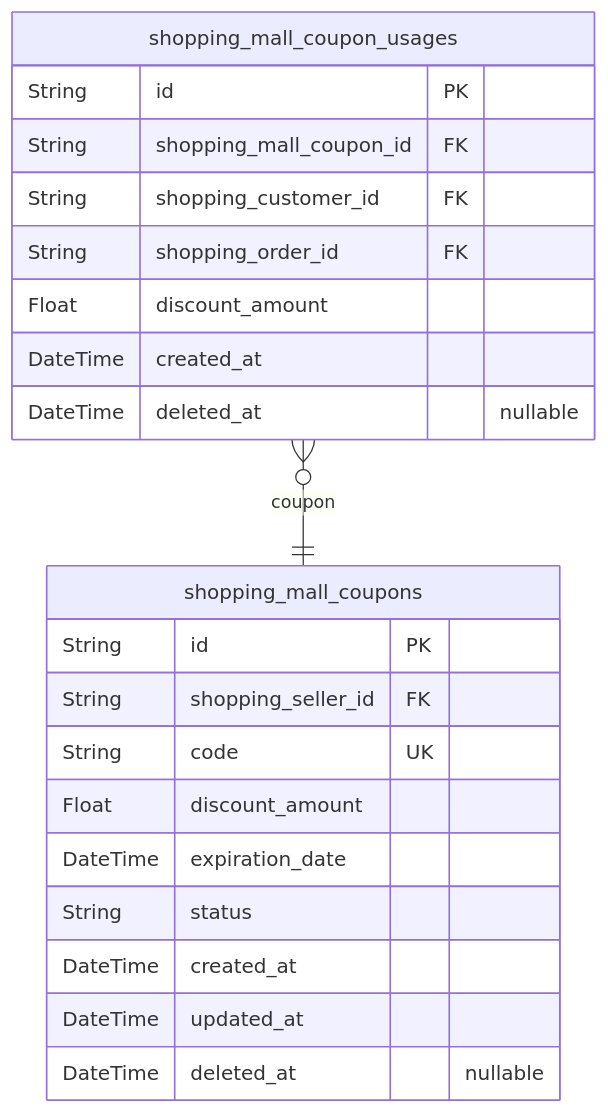
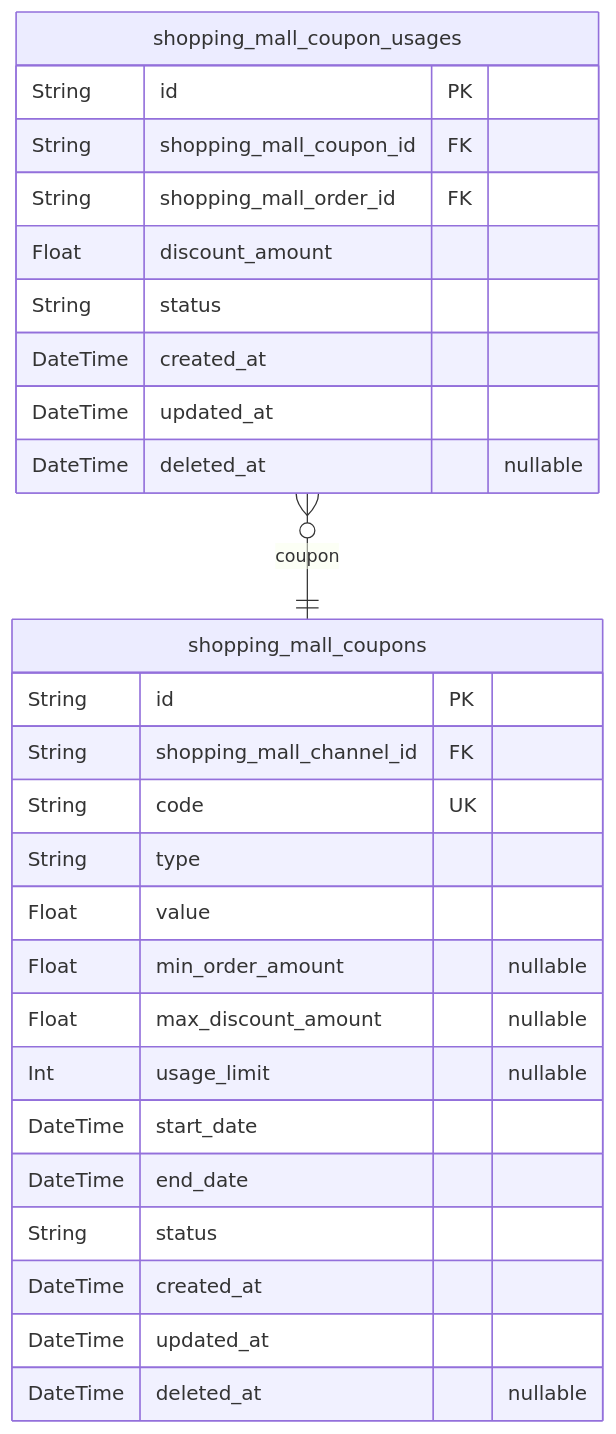
Before and after one commit to wrtnlabs/autobe-examples: the sixth of 10 diagrams in mistralai/codestral-2508/shopping/docs/ERD.md, drawn with Mermaid. The commit also changed other lines of this file and 7173 other files, not shown here.

````diff
--- a/mistralai/codestral-2508/shopping/docs/ERD.md
+++ b/mistralai/codestral-2508/shopping/docs/ERD.md
@@ -791,24 +761,30 @@
 ```mermaid
 erDiagram
 "shopping_mall_coupons" {
   String id PK
-  String shopping_seller_id FK
+  String shopping_mall_channel_id FK
   String code UK
-  Float discount_amount
-  DateTime expiration_date
+  String type
+  Float value
+  Float min_order_amount "nullable"
+  Float max_discount_amount "nullable"
+  Int usage_limit "nullable"
+  DateTime start_date
+  DateTime end_date
   String status
   DateTime created_at
   DateTime updated_at
   DateTime deleted_at "nullable"
 }
 "shopping_mall_coupon_usages" {
   String id PK
   String shopping_mall_coupon_id FK
-  String shopping_customer_id FK
-  String shopping_order_id FK
+  String shopping_mall_order_id FK
   Float discount_amount
+  String status
   DateTime created_at
+  DateTime updated_at
   DateTime deleted_at "nullable"
 }
 "shopping_mall_coupon_usages" }o--|| "shopping_mall_coupons" : coupon
 ```
````
